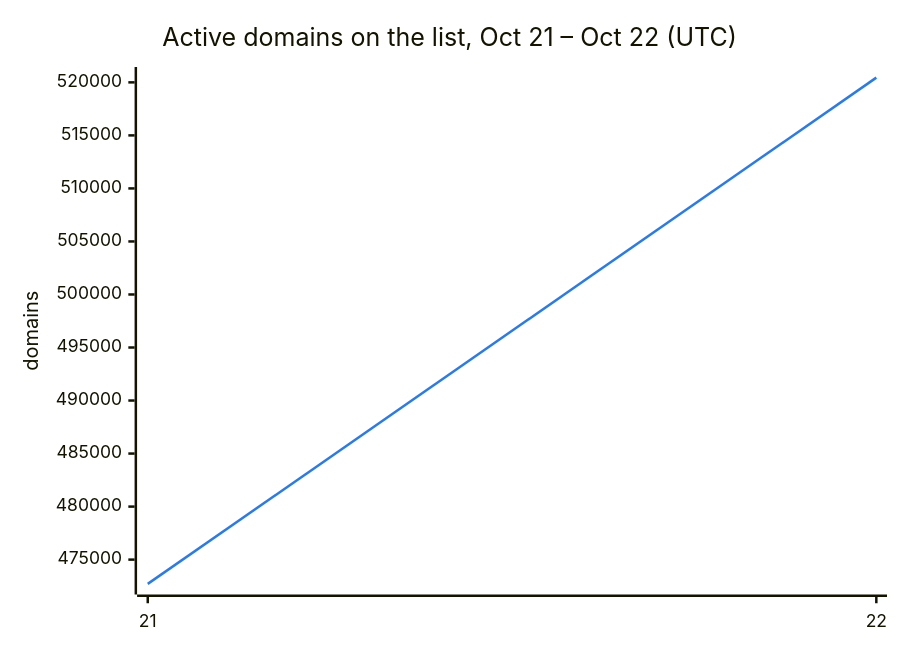
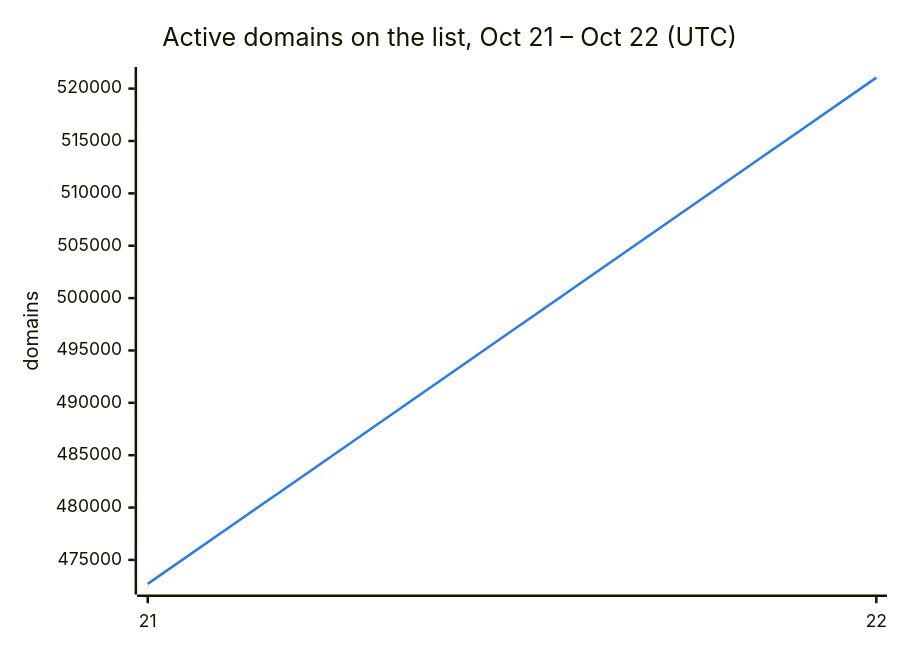
Before and after one commit to DNSBunker/CTI: the second of 3 diagrams in README.md, drawn with Mermaid. The commit also changed other lines of this file and 3 other files, not shown here.

````diff
--- a/README.md
+++ b/README.md
@@ -38,8 +38,8 @@
 ```mermaid
 %%{init: {"themeVariables": {"xyChart": {"plotColorPalette": "#2c7be5"}}}}%%
 xychart-beta
     title "Active domains on the list, Oct 21 – Oct 22 (UTC)"
     x-axis ["21", "22"]
     y-axis "domains"
-    line [472713, 520447]
+    line [472713, 521050]
 ```
````
